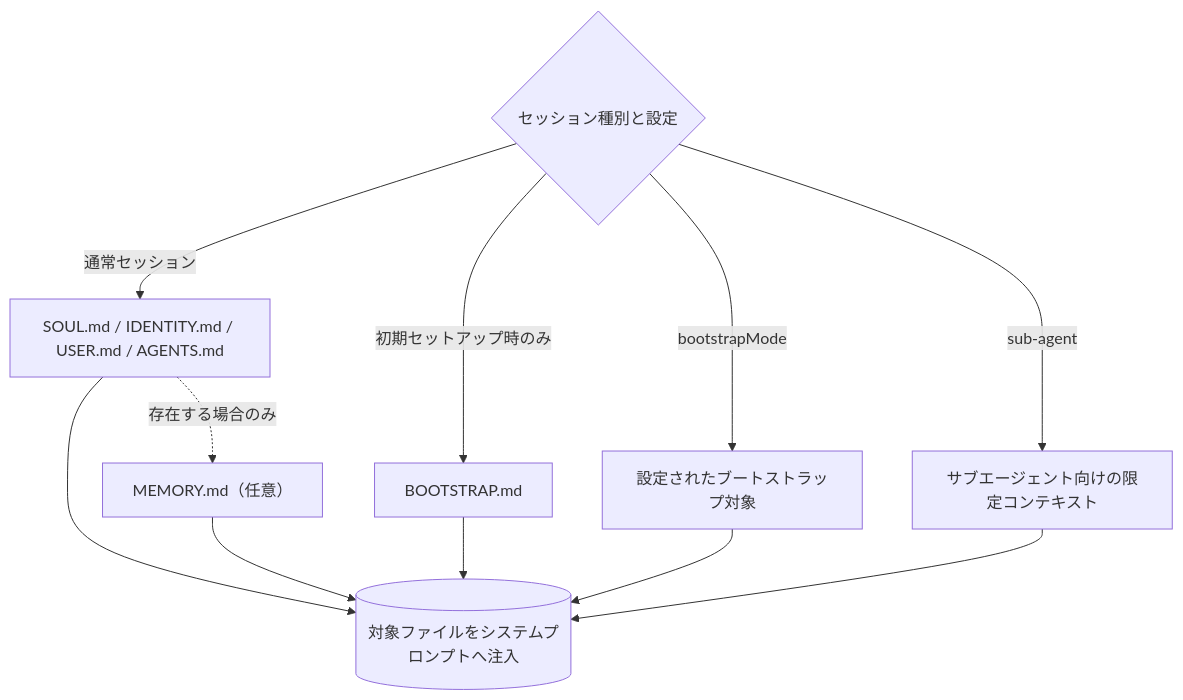
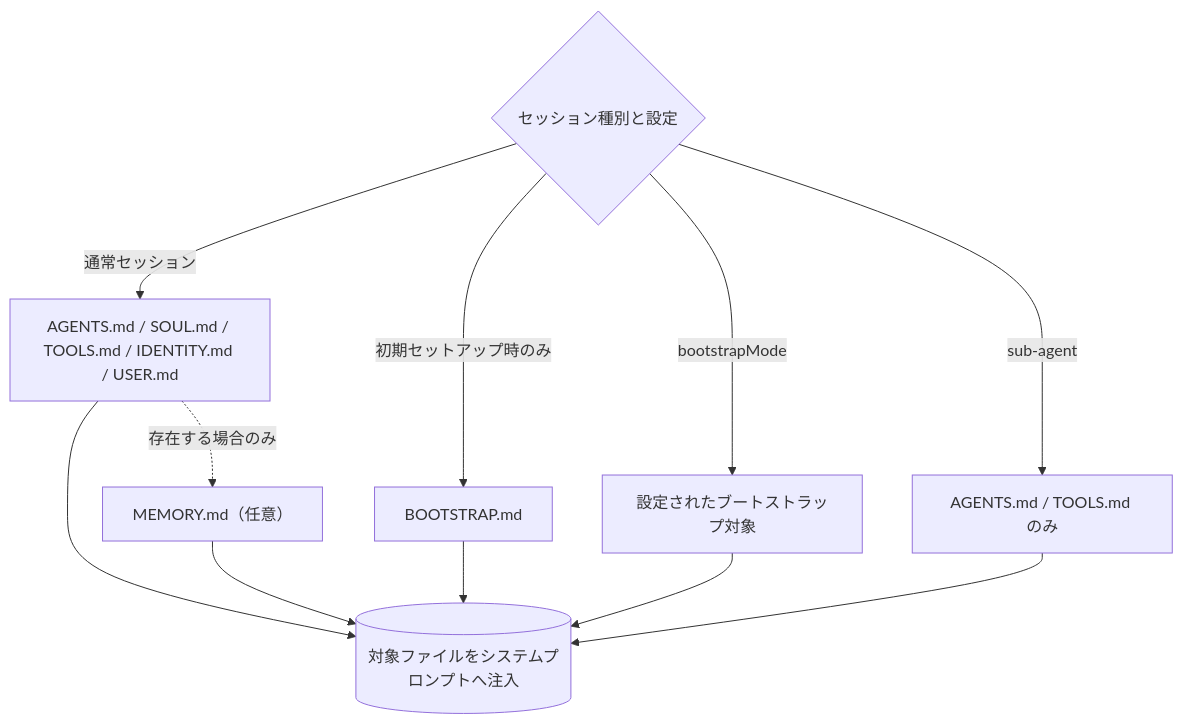
One commit to myoshi2891/Comparison-of-LLMs changed the third of 7 diagrams in archive/md/agent/Openclaw-agent-best-practices.md. Above: the diagram before and after it, drawn with Mermaid. The commit also changed other lines of this file, not shown here.

````diff
--- a/archive/md/agent/Openclaw-agent-best-practices.md
+++ b/archive/md/agent/Openclaw-agent-best-practices.md
@@ -107,14 +107,14 @@
 ```mermaid
 flowchart TB
     MODE{"セッション種別と設定"}
     MODE -->|"初期セットアップ時のみ"| BOOT["BOOTSTRAP.md"]
-    MODE -->|"通常セッション"| MAIN["SOUL.md / IDENTITY.md / USER.md / AGENTS.md"]
+    MODE -->|"通常セッション"| MAIN["AGENTS.md / SOUL.md / TOOLS.md / IDENTITY.md / USER.md"]
     MAIN -.->|"存在する場合のみ"| MEM["MEMORY.md（任意）"]
     MODE -->|"bootstrapMode"| BOOTMODE["設定されたブートストラップ対象"]
-    MODE -->|"sub-agent"| SUB["サブエージェント向けの限定コンテキスト"]
+    MODE -->|"sub-agent"| SUB["AGENTS.md / TOOLS.md のみ"]
     MAIN --> SYS[("対象ファイルをシステムプロンプトへ注入")]
     MEM --> SYS
     BOOT --> SYS
     BOOTMODE --> SYS
     SUB --> SYS
 ```
````
